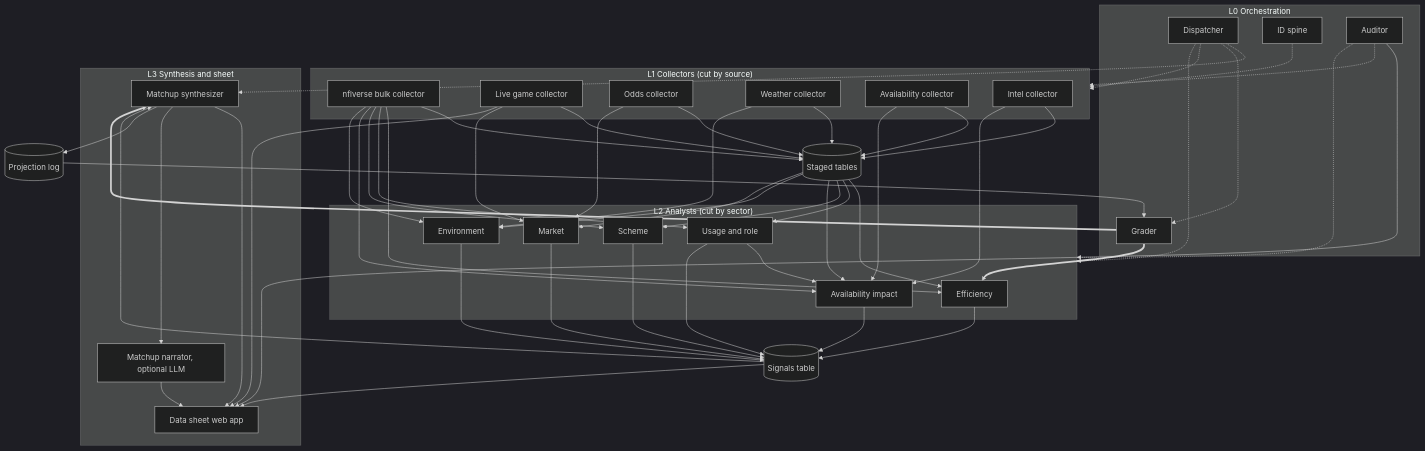
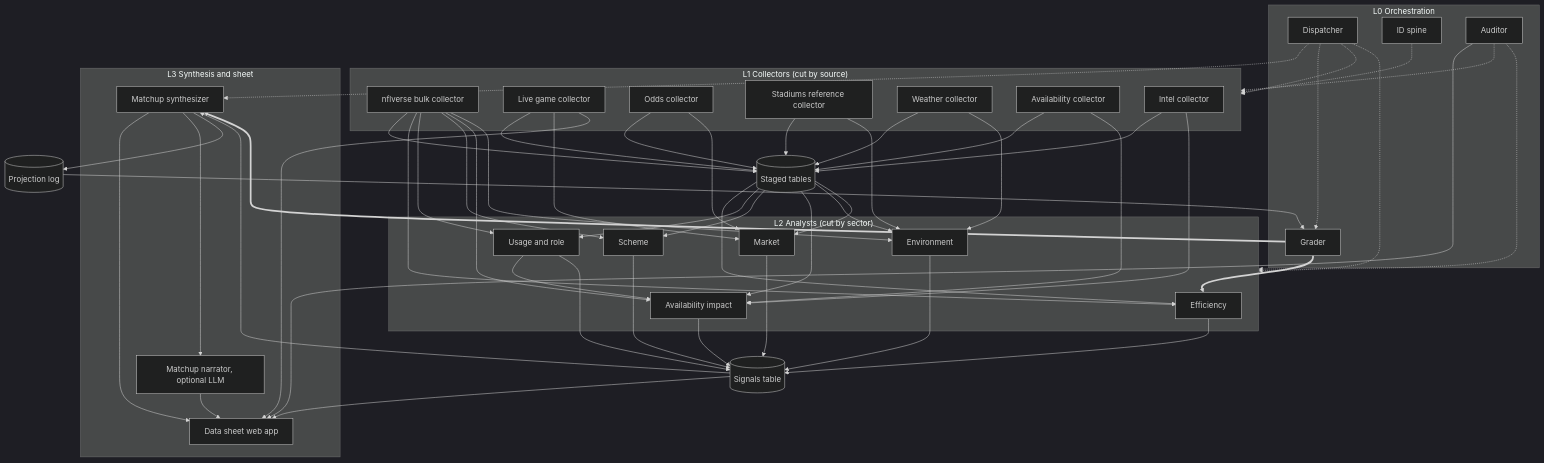
Before and after one commit to BrodyBoShow/nfl-data-sheet: the diagram in docs/architecture.md, drawn with Mermaid (dark theme). The commit also changed other lines of this file and 16 other files, not shown here.

First line of the commit message:
Build P4 weather: stadiums collector, kickoff-relative schedule, Open-Meteo collector

````diff
--- a/docs/architecture.md
+++ b/docs/architecture.md
@@ -6,70 +6,72 @@
 ```mermaid
 flowchart TB
   subgraph L0["L0 Orchestration"]
     DISP[Dispatcher]
     SPINE[ID spine]
     AUD[Auditor]
     GRADE[Grader]
   end
 
   subgraph L1["L1 Collectors (cut by source)"]
     C_NFLV[nflverse bulk collector]
     C_LIVE[Live game collector]
     C_ODDS[Odds collector]
+    C_STAD[Stadiums reference collector]
     C_WX[Weather collector]
     C_AVAIL[Availability collector]
     C_INTEL[Intel collector]
   end
 
   STAGED[(Staged tables)]
 
   subgraph L2["L2 Analysts (cut by sector)"]
     A_EFF[Efficiency]
     A_USE[Usage and role]
     A_SCH[Scheme]
     A_AVI[Availability impact]
     A_ENV[Environment]
     A_MKT[Market]
   end
 
   SIGNALS[(Signals table)]
 
   subgraph L3["L3 Synthesis and sheet"]
     SYN[Matchup synthesizer]
     UI[Data sheet web app]
     NAR[Matchup narrator, optional LLM]
   end
 
   PROJ[(Projection log)]
 
-  C_NFLV & C_LIVE & C_ODDS & C_WX & C_AVAIL & C_INTEL --> STAGED
+  C_NFLV & C_LIVE & C_ODDS & C_STAD & C_WX & C_AVAIL & C_INTEL --> STAGED
   STAGED --> A_EFF & A_USE & A_SCH & A_AVI & A_ENV & A_MKT
 
   C_NFLV --> A_EFF & A_USE & A_SCH & A_AVI & A_ENV
   C_AVAIL --> A_AVI
   C_INTEL --> A_AVI
+  C_STAD --> A_ENV
   C_WX --> A_ENV
   C_ODDS --> A_MKT
   C_LIVE --> A_MKT
   A_USE --> A_AVI
 
   A_EFF & A_USE & A_SCH & A_AVI & A_ENV & A_MKT --> SIGNALS
   SIGNALS --> SYN
   SIGNALS --> UI
   SYN --> UI
   SYN --> NAR --> UI
   C_LIVE --> UI
   SYN --> PROJ --> GRADE
   AUD --> UI
 
   GRADE ==> A_EFF
   GRADE ==> SYN
 
   DISP -.-> L1
   DISP -.-> L2
   DISP -.-> SYN
   DISP -.-> GRADE
   AUD -.-> L1
   AUD -.-> L2
   SPINE -.-> L1
 ```
````
